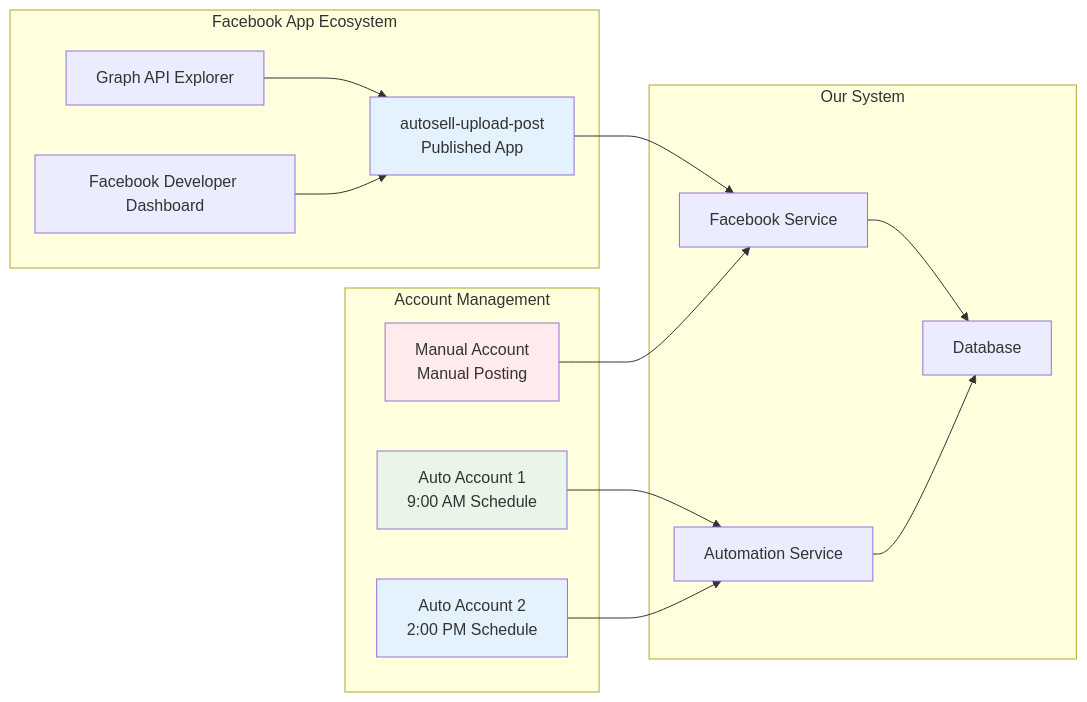
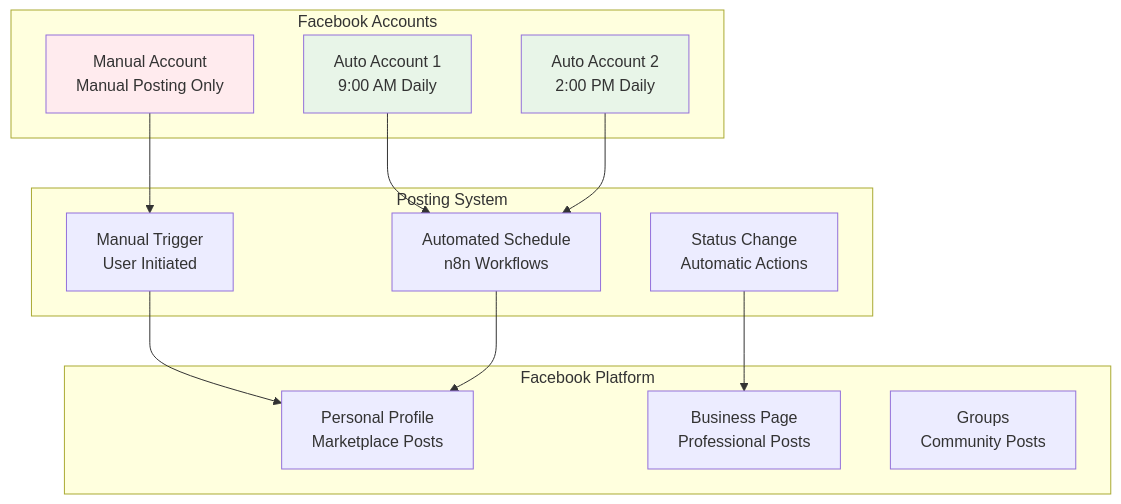
Before and after one commit to mg22mex/finalproject-mg: the third of 11 diagrams in prompts-mg.md, drawn with Mermaid. The commit also changed other lines of this file and 61386 other files, not shown here.

First line of the commit message:
📚 Complete Documentation Update - Final System Status

````diff
--- a/prompts-mg.md
+++ b/prompts-mg.md
@@ -377,36 +345,31 @@
 ```mermaid
-graph LR
-    subgraph "Facebook App Ecosystem"
-        A[autosell-upload-post<br/>Published App]
-        B[Graph API Explorer]
-        C[Facebook Developer Dashboard]
+graph TB
+    subgraph "Facebook Accounts"
+        A[Manual Account<br/>Manual Posting Only]
+        B[Auto Account 1<br/>9:00 AM Daily]
+        C[Auto Account 2<br/>2:00 PM Daily]
     end
     
-    subgraph "Account Management"
-        D[Manual Account<br/>Manual Posting]
-        E[Auto Account 1<br/>9:00 AM Schedule]
-        F[Auto Account 2<br/>2:00 PM Schedule]
+    subgraph "Posting System"
+        D[Manual Trigger<br/>User Initiated]
+        E[Automated Schedule<br/>n8n Workflows]
+        F[Status Change<br/>Automatic Actions]
     end
     
-    subgraph "Our System"
-        G[Facebook Service]
-        H[Automation Service]
-        I[Database]
+    subgraph "Facebook Platform"
+        G[Personal Profile<br/>Marketplace Posts]
+        H[Business Page<br/>Professional Posts]
+        I[Groups<br/>Community Posts]
     end
     
-    A --> G
-    B --> A
-    C --> A
-    
+    A --> D
+    B --> E
+    C --> E
     D --> G
-    E --> H
+    E --> G
     F --> H
     
-    G --> I
-    H --> I
-    
-    style A fill:#e3f2fd
-    style D fill:#ffebee
-    style E fill:#e8f5e8
-    style F fill:#e3f2fd
+    style A fill:#ffebee
+    style B fill:#e8f5e8
+    style C fill:#e8f5e8
 ```
````
